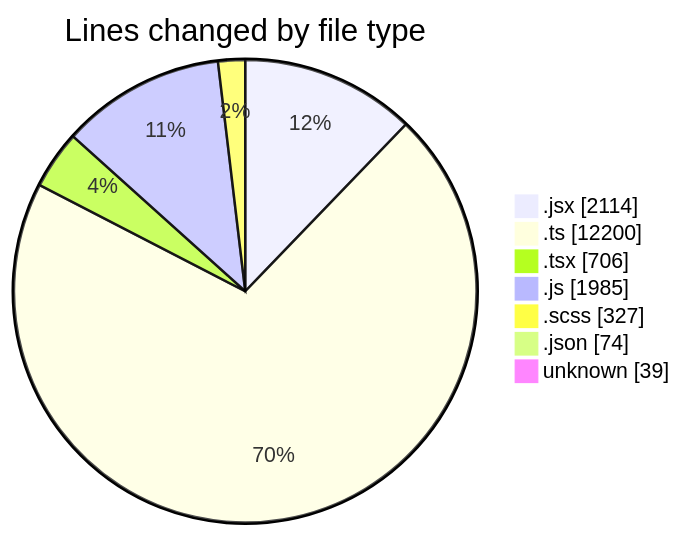
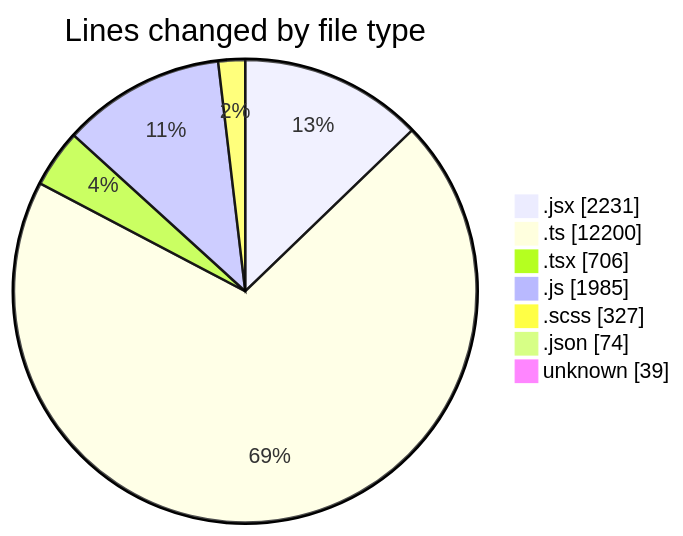
Before and after one commit to momahboobian/code-tracking: the first of 2 diagrams in 2025-06-05/cda/README.md, drawn with Mermaid. The commit also changed other lines of this file and 1 other file, not shown here.

````diff
--- a/2025-06-05/cda/README.md
+++ b/2025-06-05/cda/README.md
@@ -50,11 +51,11 @@
 ```mermaid
 pie showData
 title Lines changed by file type
-".jsx" : 2114
+".jsx" : 2231
 ".ts" : 12200
 ".tsx" : 706
 ".js" : 1985
 ".scss" : 327
 ".json" : 74
 "unknown" : 39
 ```
````
